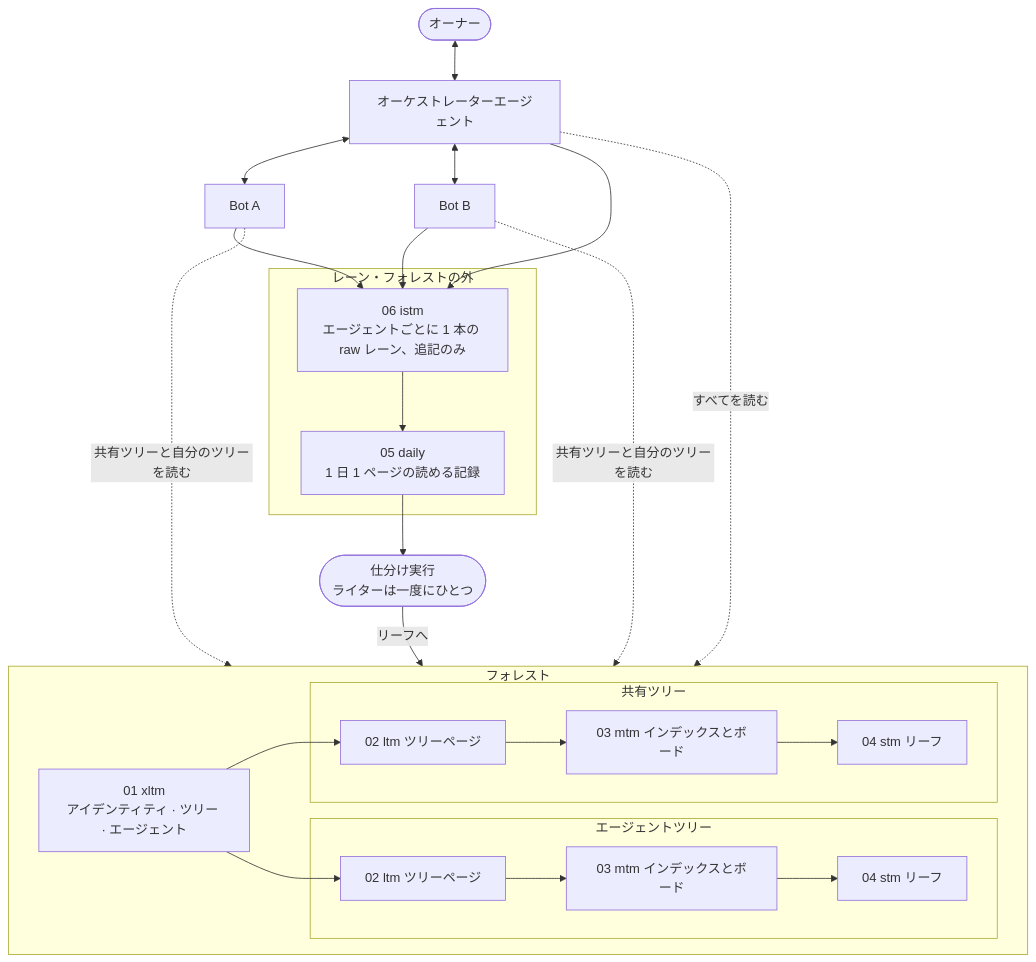
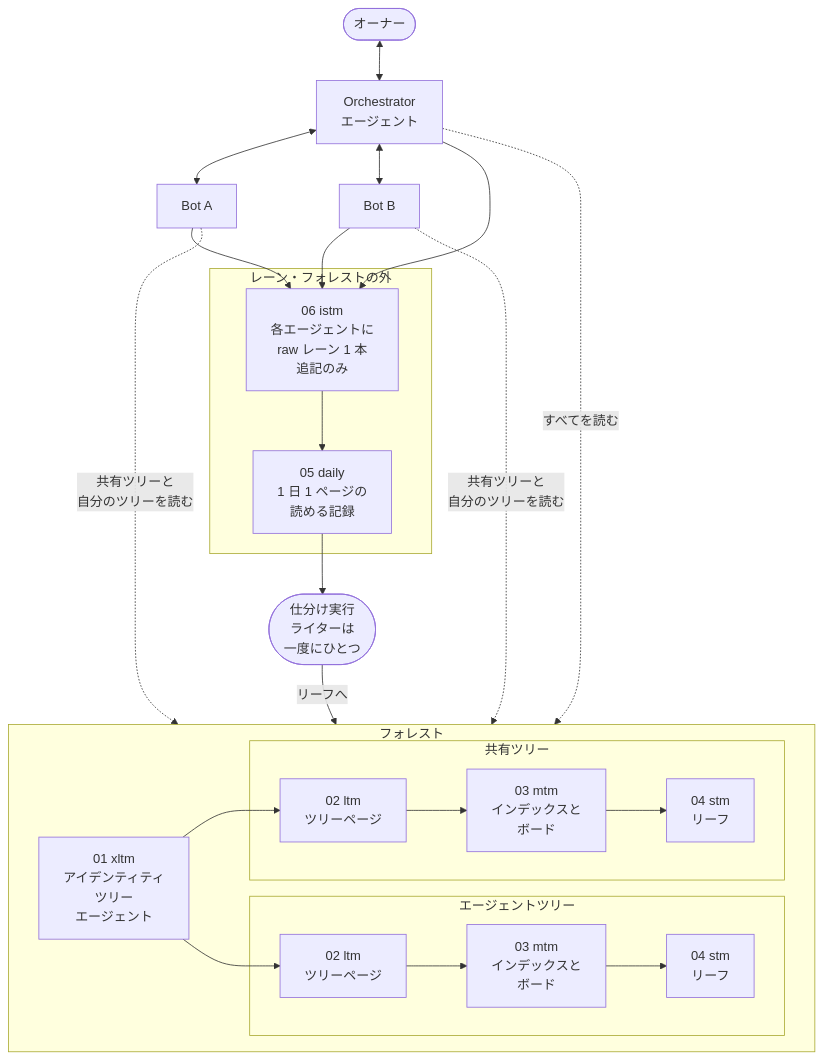
The first of 2 diagrams in README.ja.md (agent-memory-atlas-archive/hyungchulc--agent-memory-forest), drawn with Mermaid before and after one commit. The commit also changed other lines of this file and 2 other files, not shown here.

Commit message:
docs: the pictures of the Korean, Chinese and Japanese pages break their lines between words
Where the repository's page draws the pictures, a label wraps at a fixed width, and a line of Korean,
Chinese or Japanese text is cut wherever that width falls: inside a word, or with one character alone
on the next line. The labels of those three pages now carry their own line breaks, placed between
words and short enough that no line is cut again.

````diff
--- a/README.ja.md
+++ b/README.ja.md
@@ -179,35 +179,35 @@
 ```mermaid
 flowchart TB
-    owner(["オーナー"]) <--> hub["オーケストレーターエージェント"]
+    owner(["オーナー"]) <--> hub["Orchestrator<br/>エージェント"]
     hub <--> botA["Bot A"]
     hub <--> botB["Bot B"]
 
     subgraph lanes ["レーン・フォレストの外"]
-        istm["06 istm<br/>エージェントごとに 1 本の raw レーン、追記のみ"]
-        daily["05 daily<br/>1 日 1 ページの読める記録"]
+        istm["06 istm<br/>各エージェントに<br/>raw レーン 1 本<br/>追記のみ"]
+        daily["05 daily<br/>1 日 1 ページの<br/>読める記録"]
         istm --> daily
     end
 
     hub --> istm
     botA --> istm
     botB --> istm
 
-    daily --> filing(["仕分け実行<br/>ライターは一度にひとつ"])
+    daily --> filing(["仕分け実行<br/>ライターは<br/>一度にひとつ"])
     filing -- "リーフへ" --> forest
 
     subgraph forest ["フォレスト"]
-        xltm["01 xltm<br/>アイデンティティ · ツリー · エージェント"]
+        xltm["01 xltm<br/>アイデンティティ<br/>ツリー<br/>エージェント"]
         subgraph own ["エージェントツリー"]
-            altm["02 ltm ツリーページ"] --> amtm["03 mtm インデックスとボード"] --> astm["04 stm リーフ"]
+            altm["02 ltm<br/>ツリーページ"] --> amtm["03 mtm<br/>インデックスと<br/>ボード"] --> astm["04 stm<br/>リーフ"]
         end
         subgraph shared ["共有ツリー"]
-            ltm["02 ltm ツリーページ"] --> mtm["03 mtm インデックスとボード"] --> stm["04 stm リーフ"]
+            ltm["02 ltm<br/>ツリーページ"] --> mtm["03 mtm<br/>インデックスと<br/>ボード"] --> stm["04 stm<br/>リーフ"]
         end
         xltm --> ltm
         xltm --> altm
     end
 
     hub -. "すべてを読む" .-> forest
-    botA -. "共有ツリーと自分のツリーを読む" .-> forest
-    botB -. "共有ツリーと自分のツリーを読む" .-> forest
+    botA -. "共有ツリーと<br/>自分のツリーを読む" .-> forest
+    botB -. "共有ツリーと<br/>自分のツリーを読む" .-> forest
 ```
````
